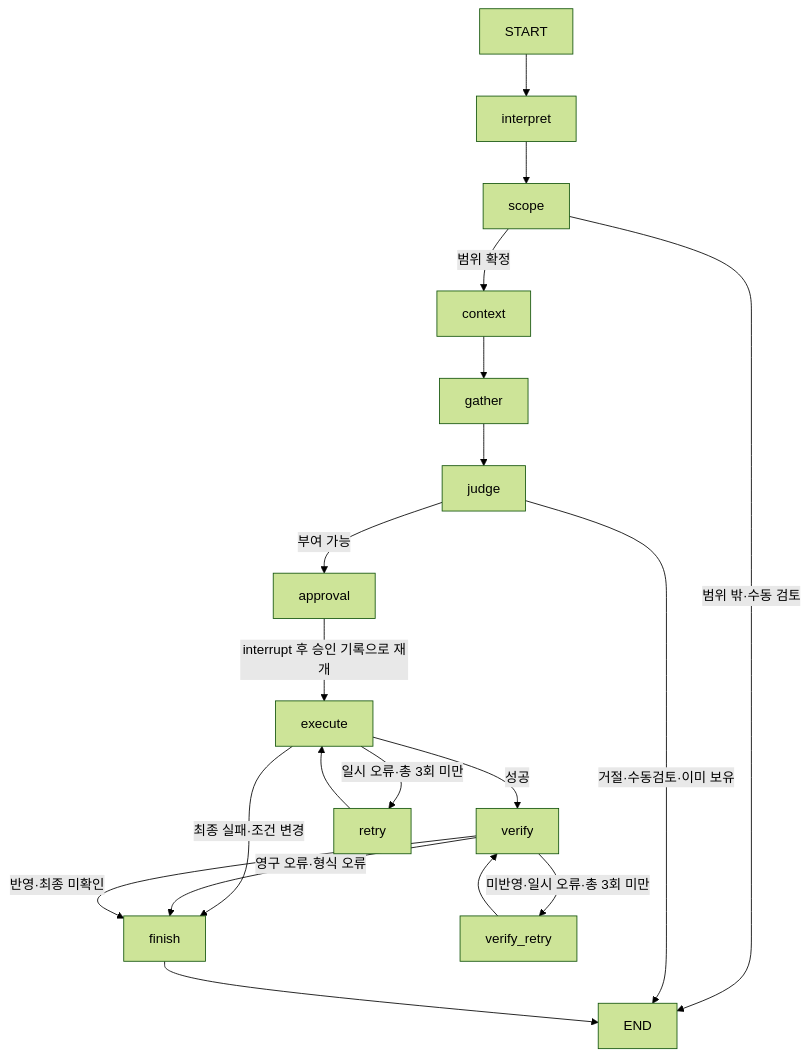
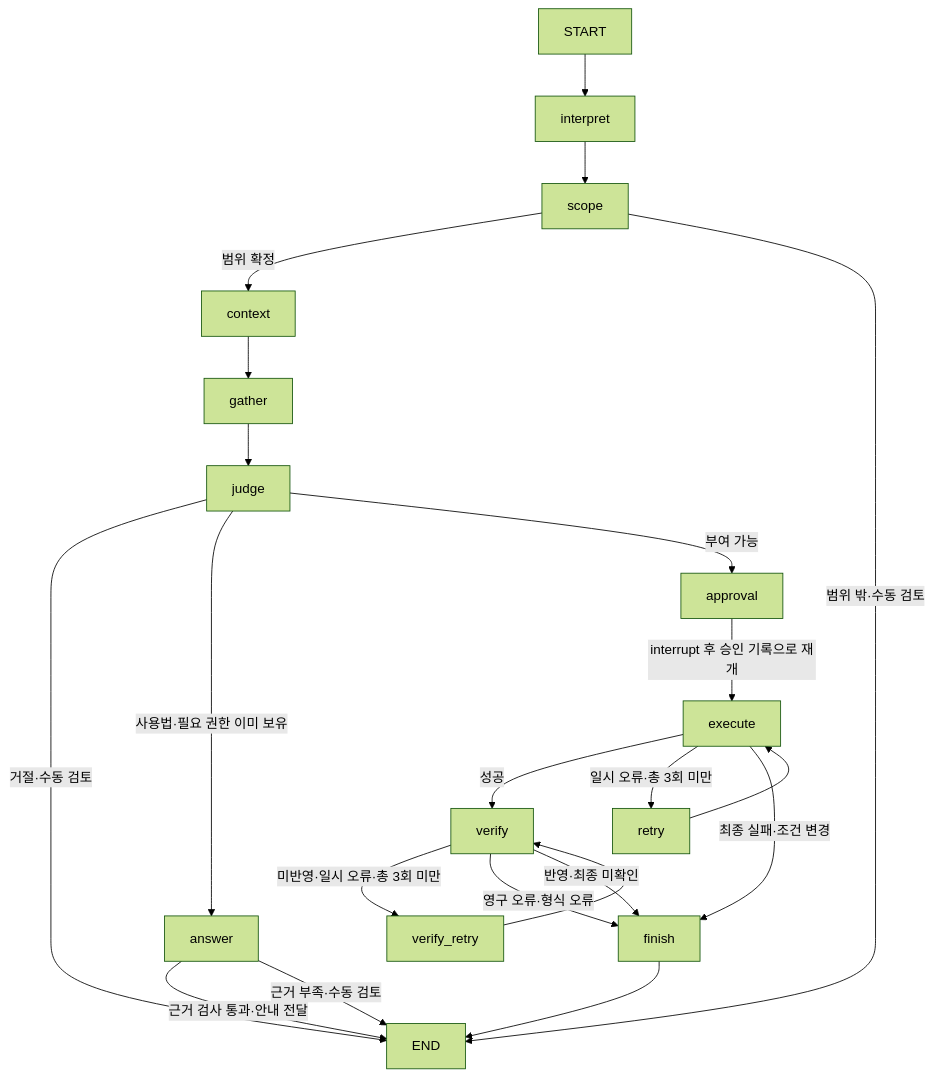
The second of 2 diagrams in docs/architecture.md (bana-lucky-100/UnlockOps), drawn with Mermaid (forest theme) before and after one commit. The commit also changed other lines of this file and 9 other files, not shown here.

````diff
--- a/docs/architecture.md
+++ b/docs/architecture.md
@@ -24,15 +24,18 @@
 ```mermaid
 flowchart TD
   START --> interpret --> scope
   scope -->|범위 확정| context --> gather --> judge
   scope -->|범위 밖·수동 검토| END
-  judge -->|거절·수동검토·이미 보유| END
+  judge -->|거절·수동 검토| END
+  judge -->|사용법·필요 권한 이미 보유| answer
+  answer -->|근거 검사 통과·안내 전달| END
+  answer -->|근거 부족·수동 검토| END
   judge -->|부여 가능| approval
   approval -->|interrupt 후 승인 기록으로 재개| execute
   execute -->|성공| verify
   execute -->|일시 오류·총 3회 미만| retry --> execute
   execute -->|최종 실패·조건 변경| finish
   verify -->|미반영·일시 오류·총 3회 미만| verify_retry --> verify
   verify -->|영구 오류·형식 오류| finish
   verify -->|반영·최종 미확인| finish --> END
 ```
````
